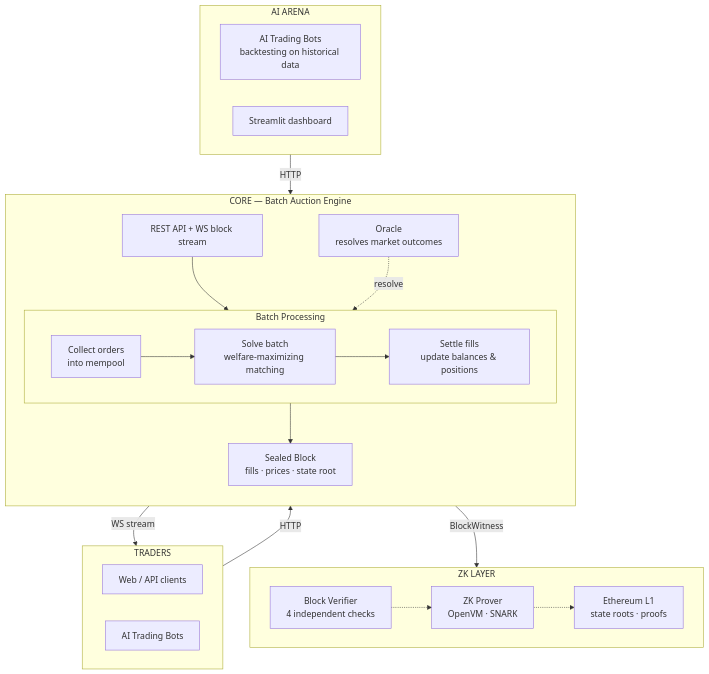
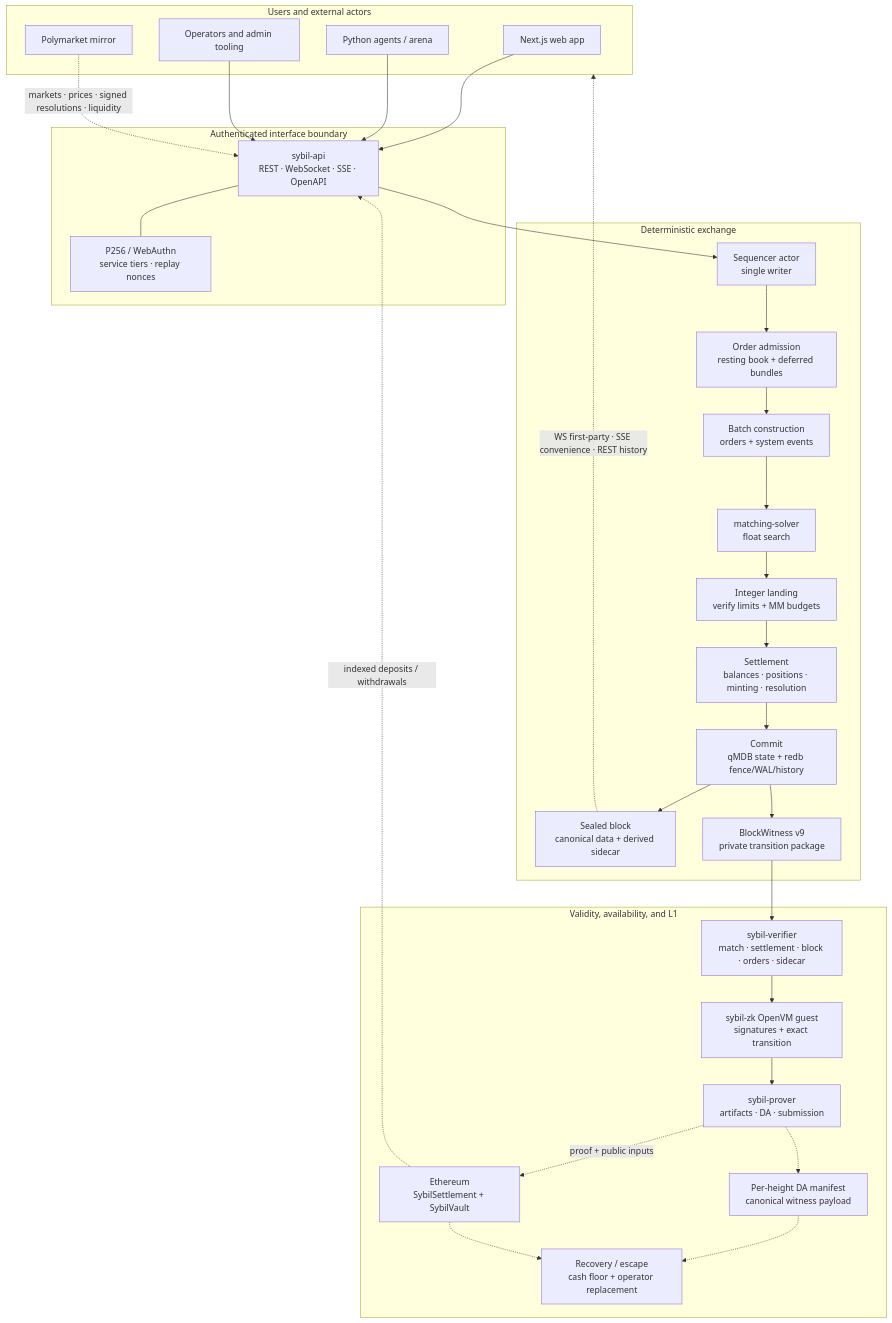
One commit to MetaB0y/sybil changed the first of 2 diagrams in docs/architecture/Sybil Architecture.md. Above: the diagram before and after it, drawn with Mermaid. The commit also changed other lines of this file and 68 other files, not shown here.

Commit message:
docs: overhaul architecture guide and diagrams

````diff
--- a/docs/architecture/Sybil Architecture.md
+++ b/docs/architecture/Sybil Architecture.md
@@ -12,42 +21,54 @@
 ```mermaid
-graph TB
-    subgraph traders["TRADERS"]
-        direction LR
-        WEB["Web / API clients"]
-        BOTS["AI Trading Bots"]
+flowchart TB
+    subgraph users["Users and external actors"]
+        WEB["Next.js web app"]
+        BOTS["Python agents / arena"]
+        PM["Polymarket mirror"]
+        OPS["Operators and admin tooling"]
     end
 
-    subgraph core["CORE — Batch Auction Engine"]
-        direction TB
-        API["REST API + WS block stream"]
-        subgraph batch["Batch Processing"]
-            direction LR
-            COLLECT["Collect orders<br/>into mempool"]
-            SOLVE["Solve batch<br/>welfare-maximizing matching"]
-            SETTLE["Settle fills<br/>update balances & positions"]
-        end
-        BLOCK["Sealed Block<br/>fills · prices · state root"]
-        ORACLE["Oracle<br/>resolves market outcomes"]
-        API --> COLLECT --> SOLVE --> SETTLE --> BLOCK
-        ORACLE -.->|"resolve"| SETTLE
+    subgraph edge["Authenticated interface boundary"]
+        API["sybil-api<br/>REST · WebSocket · SSE · OpenAPI"]
+        AUTH["P256 / WebAuthn<br/>service tiers · replay nonces"]
+        API --- AUTH
     end
 
-    subgraph arena["AI ARENA"]
-        direction LR
-        COMPETITION["AI Trading Bots<br/>backtesting on historical data"]
-        DASHBOARD["Streamlit dashboard"]
+    subgraph exchange["Deterministic exchange"]
+        ACTOR["Sequencer actor<br/>single writer"]
+        ADMIT["Order admission<br/>resting book + deferred bundles"]
+        BATCH["Batch construction<br/>orders + system events"]
+        SOLVE["matching-solver<br/>float search"]
+        LAND["Integer landing<br/>verify limits + MM budgets"]
+        SETTLE["Settlement<br/>balances · positions · minting · resolution"]
+        STORE["Commit<br/>qMDB state + redb fence/WAL/history"]
+        BLOCK["Sealed block<br/>canonical data + derived sidecar"]
+        WIT["BlockWitness v9<br/>private transition package"]
+
+        ACTOR --> ADMIT --> BATCH --> SOLVE --> LAND --> SETTLE --> STORE
+        STORE --> BLOCK
+        STORE --> WIT
     end
 
-    subgraph zk["ZK LAYER"]
-        direction LR
-        VERIFIER["Block Verifier<br/>4 independent checks"]
-        PROVER["ZK Prover<br/>OpenVM · SNARK"]
-        L1["Ethereum L1<br/>state roots · proofs"]
-        VERIFIER -.-> PROVER -.-> L1
+    subgraph validity["Validity, availability, and L1"]
+        VERIFY["sybil-verifier<br/>match · settlement · block · orders · sidecar"]
+        GUEST["sybil-zk OpenVM guest<br/>signatures + exact transition"]
+        PROVER["sybil-prover<br/>artifacts · DA · submission"]
+        DA["Per-height DA manifest<br/>canonical witness payload"]
+        L1["Ethereum<br/>SybilSettlement + SybilVault"]
+        ESCAPE["Recovery / escape<br/>cash floor + operator replacement"]
+
+        WIT --> VERIFY --> GUEST --> PROVER
+        PROVER -.-> DA
+        PROVER -.->|"proof + public inputs"| L1
+        DA -.-> ESCAPE
+        L1 -.-> ESCAPE
     end
 
-    traders -->|"HTTP"| API
-    BLOCK -->|"WS stream"| traders
-    BLOCK -->|"BlockWitness"| VERIFIER
-    COMPETITION -->|"HTTP"| API
+    WEB --> API
+    BOTS --> API
+    OPS --> API
+    PM -.->|"markets · prices · signed resolutions · liquidity"| API
+    API --> ACTOR
+    BLOCK -.->|"WS first-party · SSE convenience · REST history"| users
+    L1 -.->|"indexed deposits / withdrawals"| API
 ```
````
